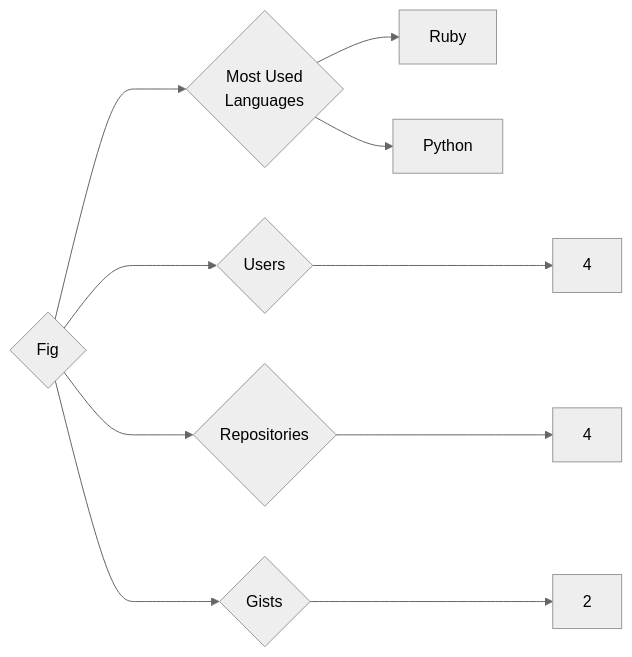
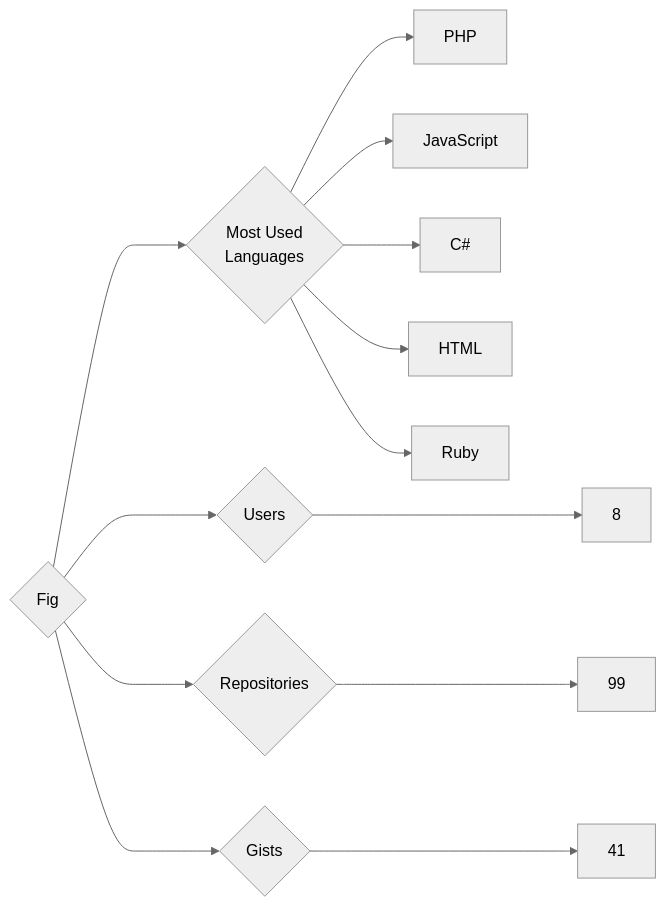
One commit to trickest/insiders changed the diagram in targets/Fig/README.md. Above: the diagram before and after it, drawn with Mermaid (neutral theme). The commit also changed 857 other files, not shown here.

````diff
--- a/targets/Fig/README.md
+++ b/targets/Fig/README.md
@@ -3,10 +3,13 @@
 ```mermaid
 graph LR
 COMPANY_NAME{Fig}
-COMPANY_NAME ---> U{Users} ---> UN[4]
-COMPANY_NAME ---> R{Repositories} ---> RN[4]
-COMPANY_NAME ---> G{Gists} ---> GN[2]
+COMPANY_NAME ---> U{Users} ---> UN[8]
+COMPANY_NAME ---> R{Repositories} ---> RN[99]
+COMPANY_NAME ---> G{Gists} ---> GN[41]
 COMPANY_NAME ---> ML{Most Used<br>Languages}
+ML --> PHP[PHP]
+ML --> JavaScript[JavaScript]
+ML --> C#[C#]
+ML --> HTML[HTML]
 ML --> Ruby[Ruby]
-ML --> Python[Python]
 ```
````
